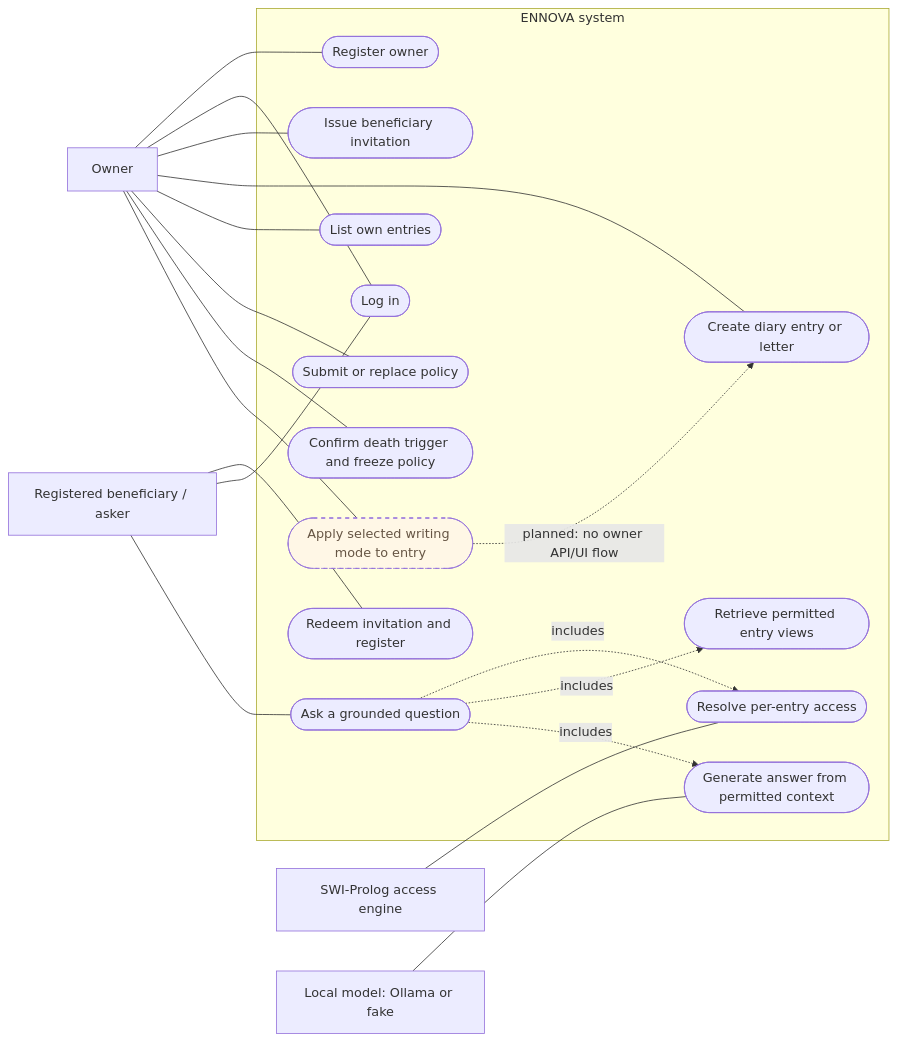
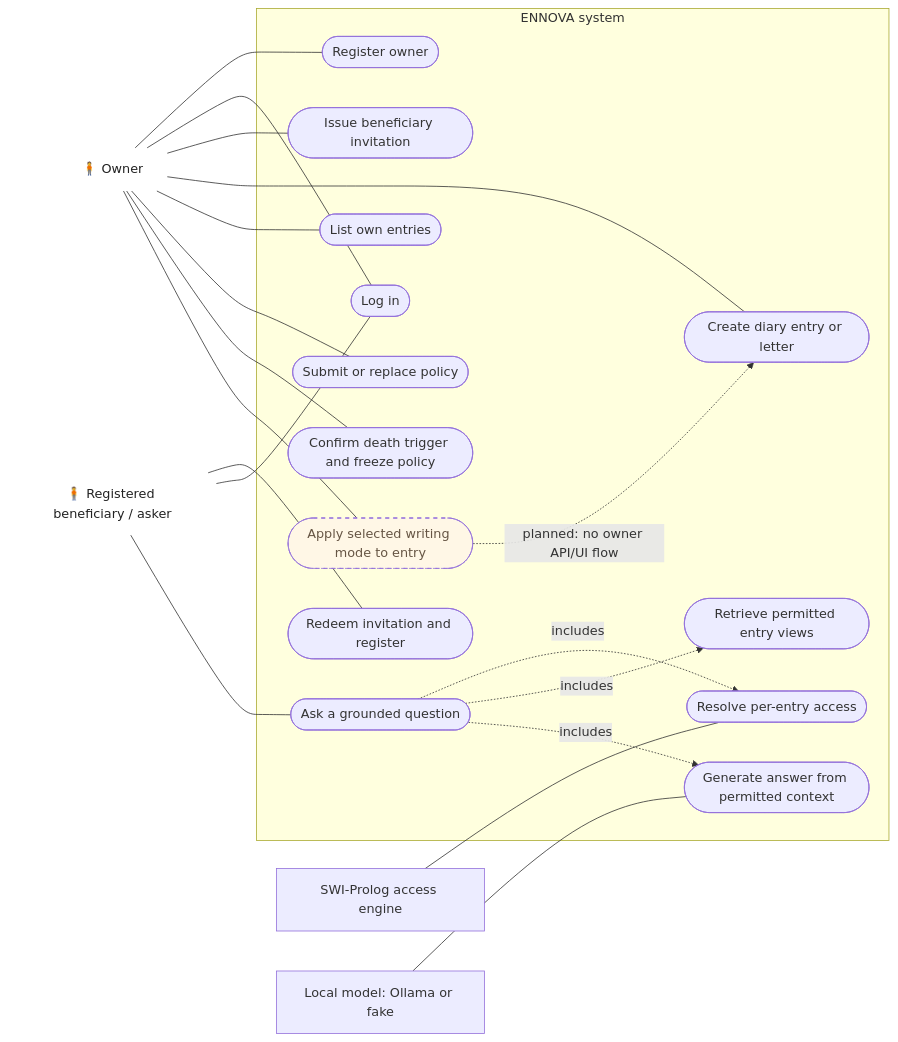
Before and after one commit to rnzel/ennova: the diagram in docs/uml/use-case-diagram.md, drawn with Mermaid. The commit also changed other lines of this file and 2 other files, not shown here.

Commit message:
docs(uml): fix Mermaid rendering and link diagrams

````diff
--- a/docs/uml/use-case-diagram.md
+++ b/docs/uml/use-case-diagram.md
@@ -5,47 +5,49 @@
 ```mermaid
 flowchart LR
-    Owner[Owner]
-    Beneficiary[Registered beneficiary / asker]
+    Owner["🧍 Owner"]
+    Beneficiary["🧍 Registered beneficiary / asker"]
     Prolog[SWI-Prolog access engine]
     Model[Local model: Ollama or fake]
 
     subgraph ENNOVA[ENNOVA system]
         UCRegisterOwner([Register owner])
         UCLogin([Log in])
         UCInvite([Issue beneficiary invitation])
         UCRedeem([Redeem invitation and register])
         UCCreate([Create diary entry or letter])
         UCList([List own entries])
         UCPolicy([Submit or replace policy])
         UCTrigger([Confirm death trigger and freeze policy])
         UCAsk([Ask a grounded question])
         UCAccess([Resolve per-entry access])
         UCRetrieve([Retrieve permitted entry views])
         UCAnswer([Generate answer from permitted context])
         UCMode([Apply selected writing mode to entry])
     end
 
     Owner --- UCRegisterOwner
     Owner --- UCLogin
     Owner --- UCInvite
     Owner --- UCCreate
     Owner --- UCList
     Owner --- UCPolicy
     Owner --- UCTrigger
     Owner --- UCMode
 
     Beneficiary --- UCRedeem
     Beneficiary --- UCLogin
     Beneficiary --- UCAsk
 
     UCAsk -. includes .-> UCAccess
     UCAsk -. includes .-> UCRetrieve
     UCAsk -. includes .-> UCAnswer
     Prolog --- UCAccess
     Model --- UCAnswer
 
     UCMode -. "planned: no owner API/UI flow" .-> UCCreate
 
     classDef planned stroke-dasharray: 5 5,fill:#fff7e6,color:#654;
     class UCMode planned;
+    classDef actor fill:transparent,stroke:transparent,color:#222;
+    class Owner,Beneficiary actor;
 ```
````
